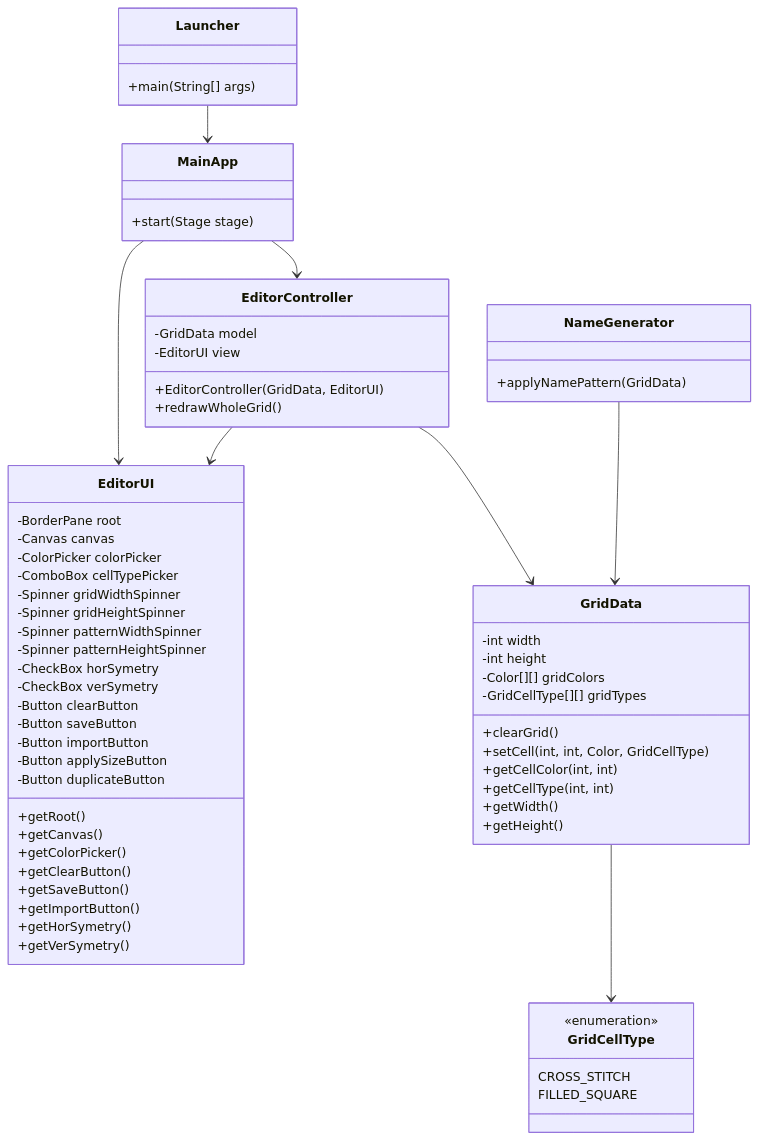
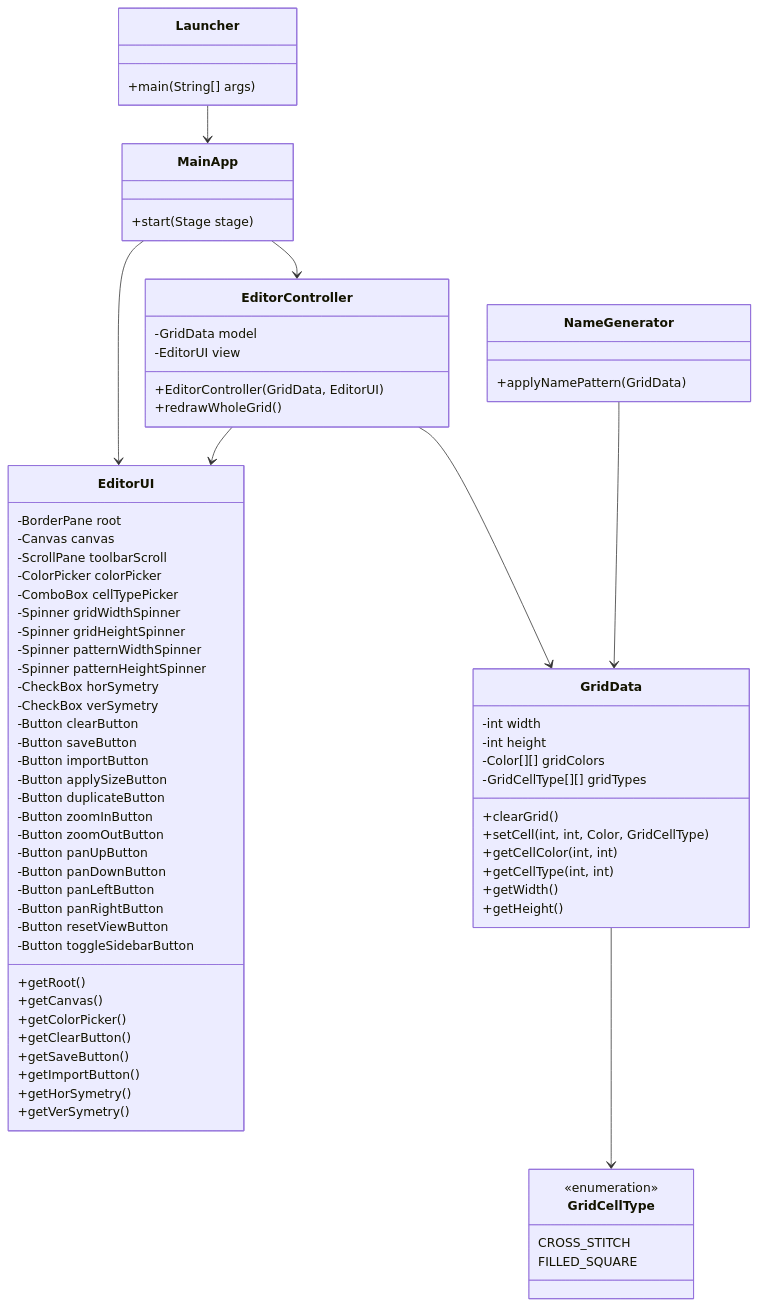
One commit to mykola-vashchuk/vyshyvanka-editor changed the diagram in REPORT.md. Above: the diagram before and after it, drawn with Mermaid. The commit also changed other lines of this file, not shown here.

Commit message:
docs: update REPORT.md to include toolbar scrolling and sidebar toggle features

```diff
--- a/REPORT.md
+++ b/REPORT.md
@@ -144,6 +154,7 @@
     class EditorUI {
         -BorderPane root
         -Canvas canvas
+        -ScrollPane toolbarScroll
         -ColorPicker colorPicker
         -ComboBox<GridCellType> cellTypePicker
         -Spinner<Integer> gridWidthSpinner
@@ -157,6 +168,14 @@
         -Button importButton
         -Button applySizeButton
         -Button duplicateButton
+        -Button zoomInButton
+        -Button zoomOutButton
+        -Button panUpButton
+        -Button panDownButton
+        -Button panLeftButton
+        -Button panRightButton
+        -Button resetViewButton
+        -Button toggleSidebarButton
         +getRoot()
         +getCanvas()
         +getColorPicker()
```
